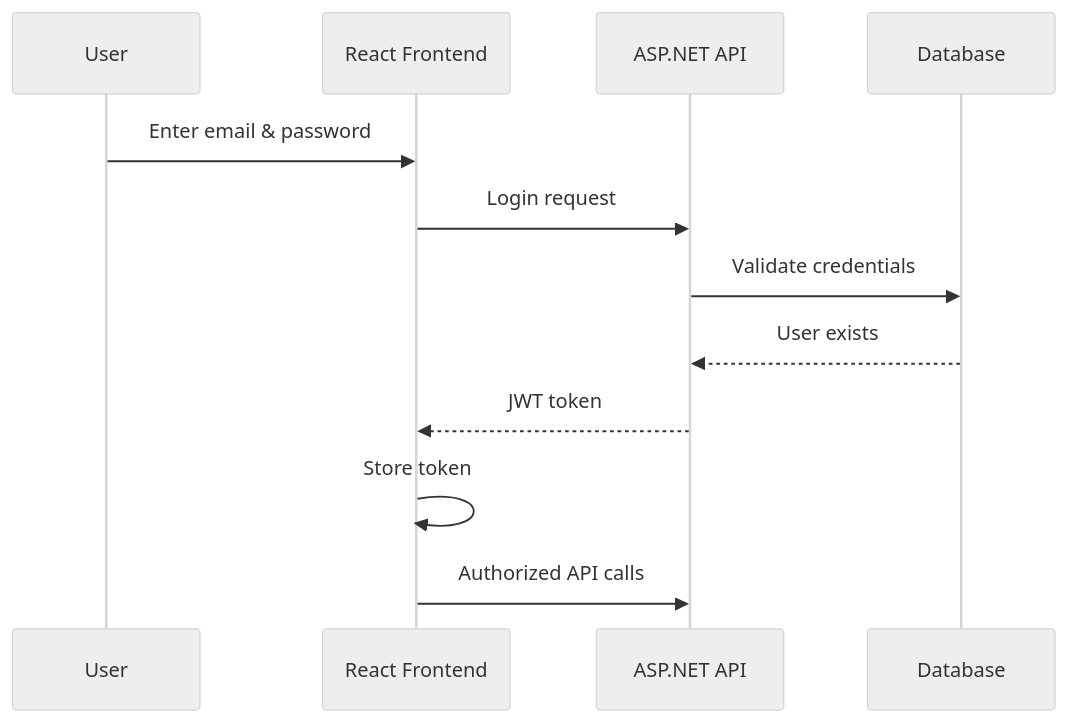
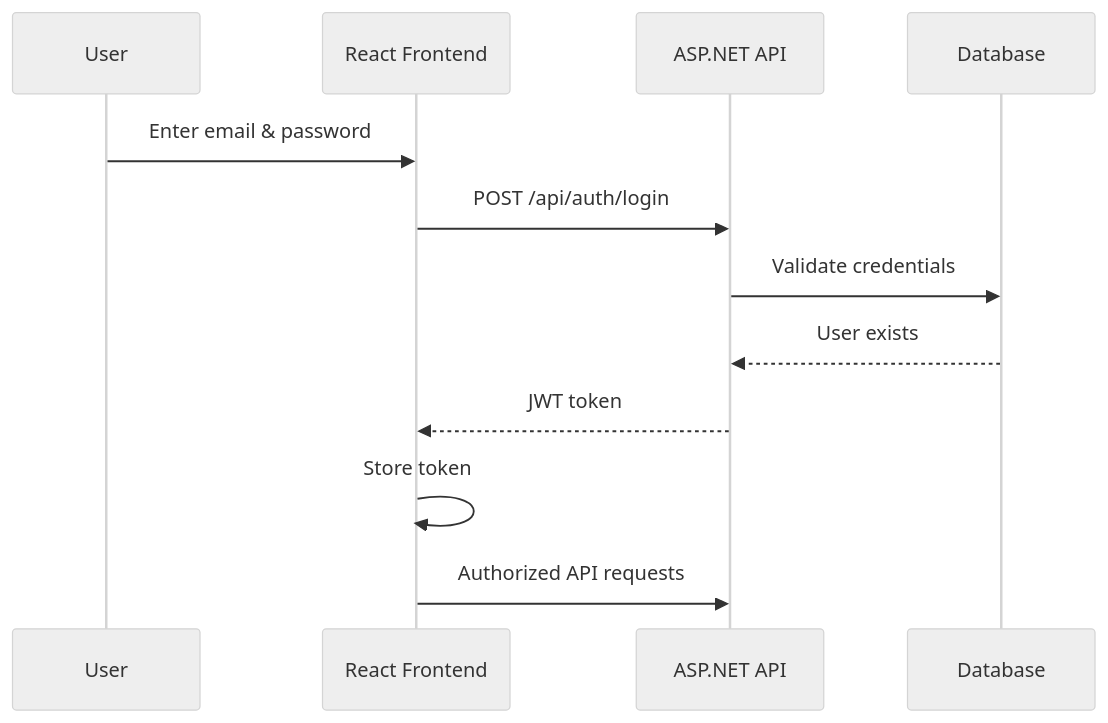
The third of 5 diagrams in README.md (regvedpande/EmployeeManager), drawn with Mermaid (neutral theme) before and after one commit. The commit also changed other lines of this file, not shown here.

````diff
--- a/README.md
+++ b/README.md
@@ -79,15 +87,15 @@
 ```mermaid
 sequenceDiagram
     participant U as User
     participant F as React Frontend
     participant B as ASP.NET API
     participant D as Database
 
     U->>F: Enter email & password
-    F->>B: Login request
+    F->>B: POST /api/auth/login
     B->>D: Validate credentials
     D-->>B: User exists
     B-->>F: JWT token
     F->>F: Store token
-    F->>B: Authorized API calls
+    F->>B: Authorized API requests
 ```
````
